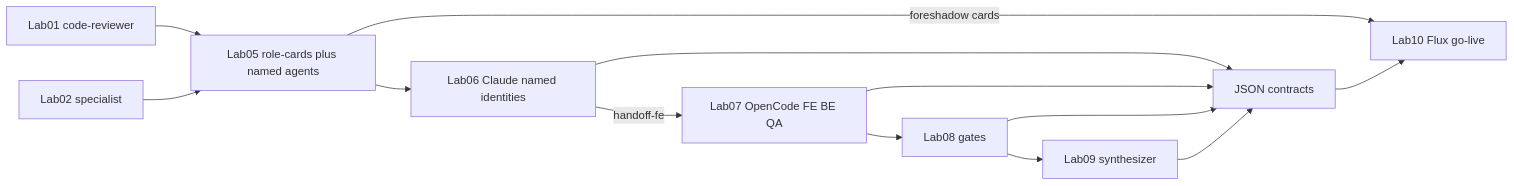
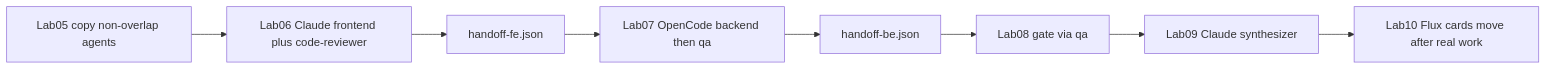
One commit to Onto-IQ/build-ai-multi-agent-lab changed the diagram in docs/MULTI-AGENT-IDENTITY-PLAN.md. Above: the diagram before and after it, drawn with Mermaid. The commit also changed other lines of this file and 56 other files, not shown here.

First line of the commit message:
Ship clean learner start with non-overlapping named agents.

````diff
--- a/docs/MULTI-AGENT-IDENTITY-PLAN.md
+++ b/docs/MULTI-AGENT-IDENTITY-PLAN.md
@@ -49,24 +45,18 @@
 ```mermaid
 flowchart LR
-  lab01[Lab01 code-reviewer]
-  lab02[Lab02 specialist]
-  lab05[Lab05 role-cards plus named agents]
-  lab06[Lab06 Claude named identities]
-  lab07[Lab07 OpenCode FE BE QA]
-  lab08[Lab08 gates]
-  lab09[Lab09 synthesizer]
-  lab10[Lab10 Flux go-live]
-  json[JSON contracts]
-  lab01 --> lab05
-  lab02 --> lab05
+  lab05[Lab05 copy non-overlap agents]
+  lab06[Lab06 Claude frontend plus code-reviewer]
+  handoffFe[handoff-fe.json]
+  lab07[Lab07 OpenCode backend then qa]
+  handoffBe[handoff-be.json]
+  lab08[Lab08 gate via qa]
+  lab09[Lab09 Claude synthesizer]
+  lab10[Lab10 Flux cards move after real work]
   lab05 --> lab06
-  lab06 -->|handoff-fe| lab07
-  lab07 --> lab08
+  lab06 --> handoffFe
+  handoffFe --> lab07
+  lab07 --> handoffBe
+  handoffBe --> lab08
   lab08 --> lab09
-  lab05 -->|foreshadow cards| lab10
-  lab06 --> json
-  lab07 --> json
-  lab08 --> json
-  lab09 --> json
-  json --> lab10
+  lab09 --> lab10
 ```
````
